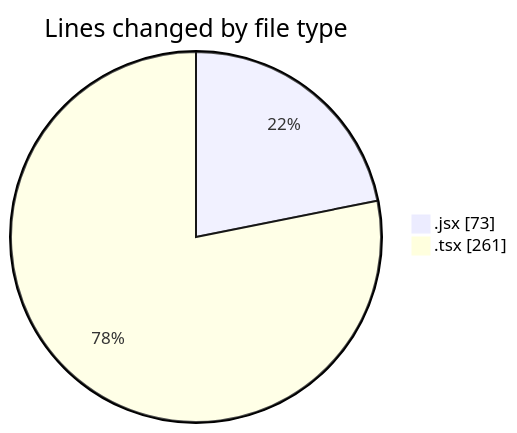
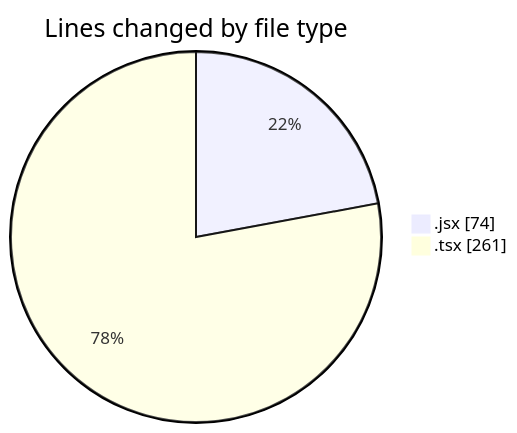
The first of 2 diagrams in 2026-02-11/cda/README.md (momahboobian/code-tracking), drawn with Mermaid before and after one commit. The commit also changed other lines of this file and 1 other file, not shown here.

````diff
--- a/2026-02-11/cda/README.md
+++ b/2026-02-11/cda/README.md
@@ -21,6 +21,6 @@
 ```mermaid
 pie showData
 title Lines changed by file type
-".jsx" : 73
+".jsx" : 74
 ".tsx" : 261
 ```
````
